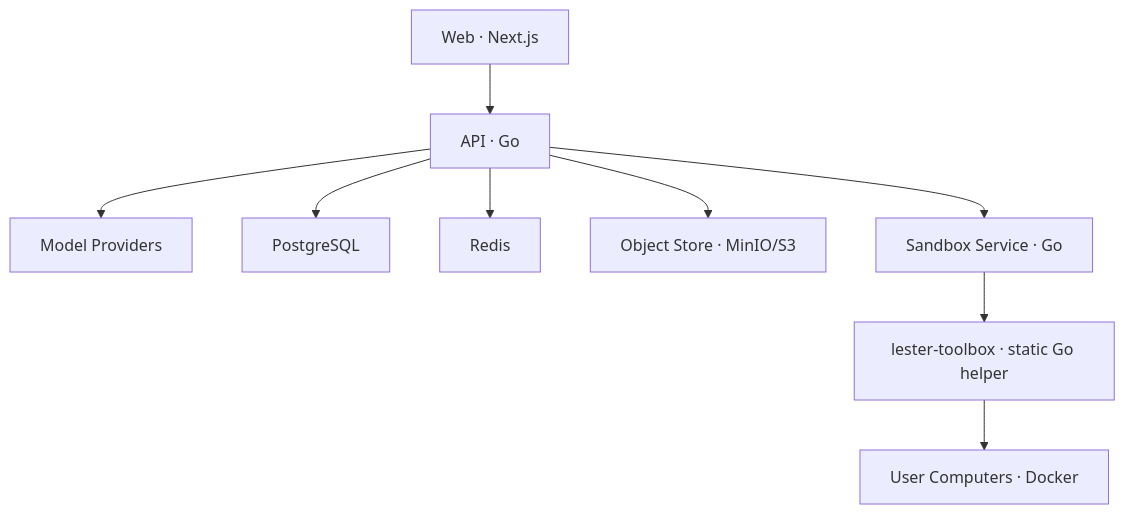
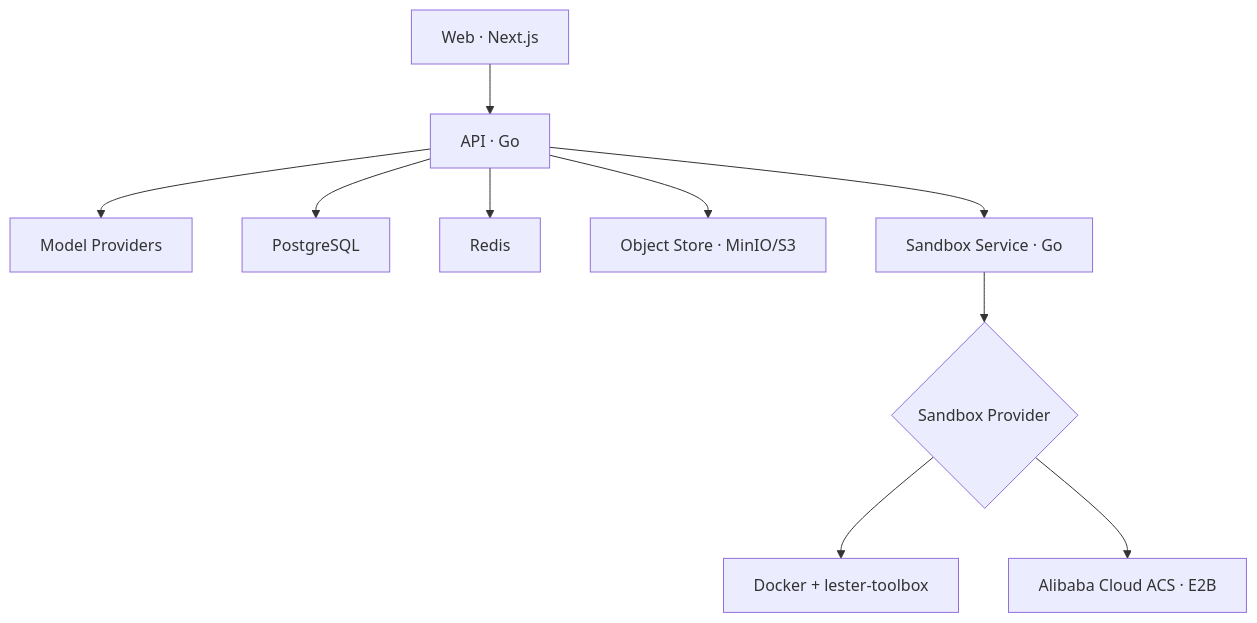
The diagram in README.md (biubiuqiu/lester-agent), drawn with Mermaid before and after one commit. The commit also changed other lines of this file and 32 other files, not shown here.

Commit message:
feat: improve agent controls and add ACS sandbox support

````diff
--- a/README.md
+++ b/README.md
@@ -41,11 +40,12 @@
 ```mermaid
 flowchart TD
     Web["Web · Next.js"] --> API["API · Go"]
     API --> Model["Model Providers"]
     API --> PostgreSQL
     API --> Redis
     API --> MinIO["Object Store · MinIO/S3"]
     API --> Sandbox["Sandbox Service · Go"]
-    Sandbox --> Toolbox["lester-toolbox · static Go helper"]
-    Toolbox --> Docker["User Computers · Docker"]
+    Sandbox --> Provider{"Sandbox Provider"}
+    Provider --> Toolbox["Docker + lester-toolbox"]
+    Provider --> ACS["Alibaba Cloud ACS · E2B"]
 ```
````
